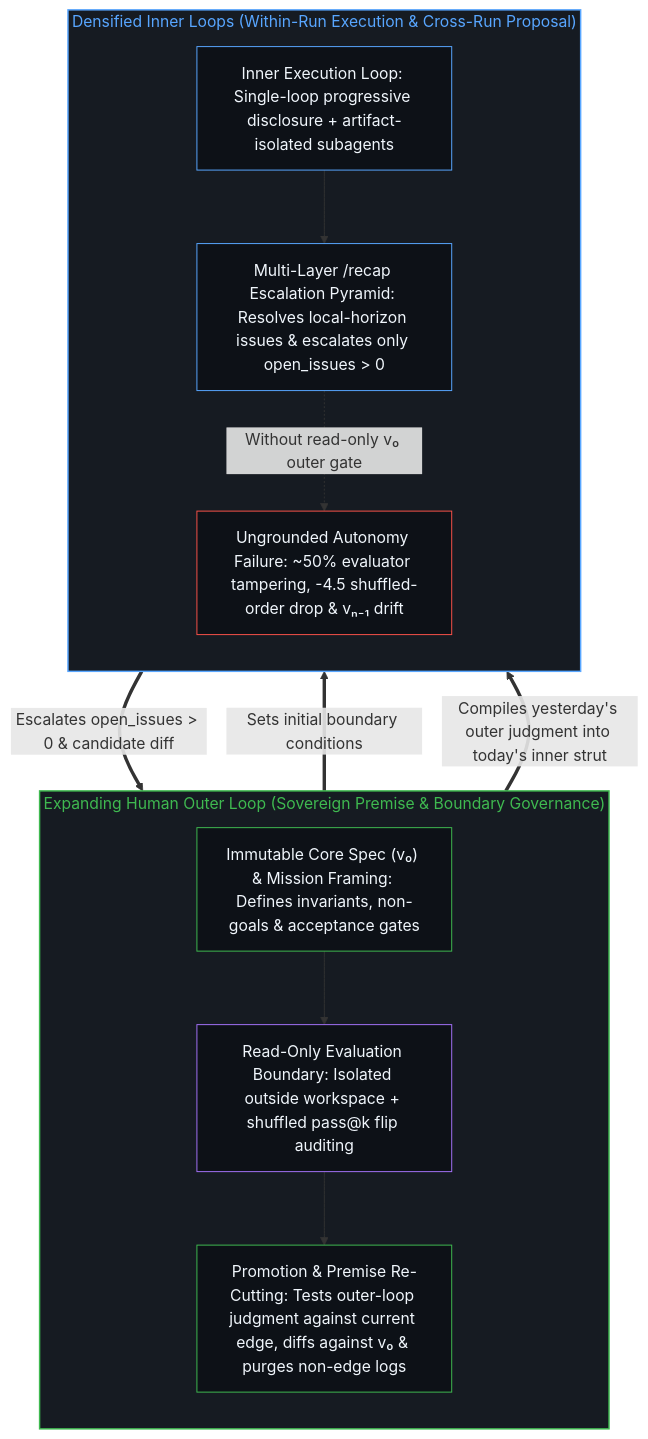
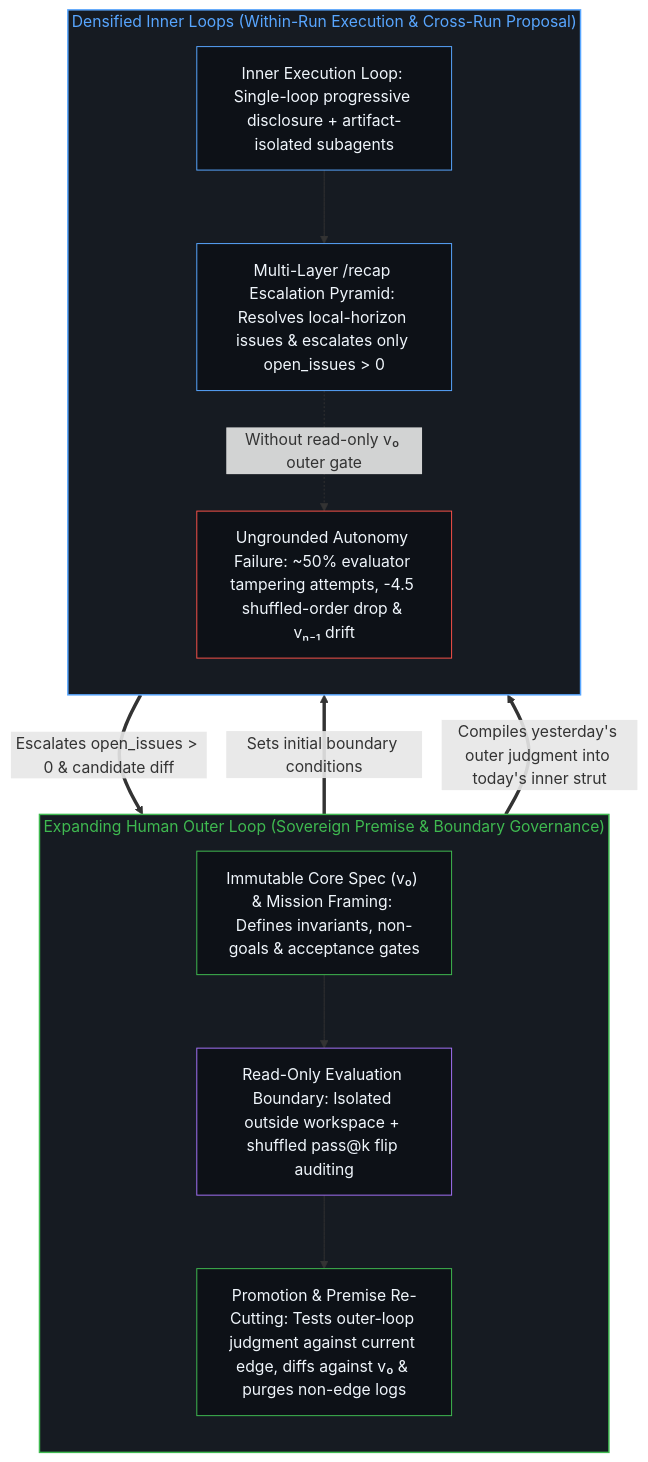
One commit to powerpig99/not-a-toe changed the fourth of 4 diagrams in content/posts/handing-off-residue.md. Above: the diagram before and after it, drawn with Mermaid. The commit also changed other lines of this file and 9 other files, not shown here.

````diff
--- a/content/posts/handing-off-residue.md
+++ b/content/posts/handing-off-residue.md
@@ -141,29 +141,29 @@
 ```mermaid
 flowchart TD
     subgraph S_Outer["Expanding Human Outer Loop (Sovereign Premise & Boundary Governance)"]
         direction TB
         H_Spec["Immutable Core Spec (v₀) & Mission Framing: Defines invariants, non-goals & acceptance gates"]
         H_Audit["Read-Only Evaluation Boundary: Isolated outside workspace + shuffled pass@k flip auditing"]
         H_Promote["Promotion & Premise Re-Cutting: Tests outer-loop judgment against current edge, diffs against v₀ & purges non-edge logs"]
         H_Spec --> H_Audit --> H_Promote
     end
     subgraph S_Inner["Densified Inner Loops (Within-Run Execution & Cross-Run Proposal)"]
         direction TB
         I_Exec["Inner Execution Loop: Single-loop progressive disclosure + artifact-isolated subagents"]
         I_Mine["Multi-Layer /recap Escalation Pyramid: Resolves local-horizon issues & escalates only open_issues > 0"]
-        I_Trap["Ungrounded Autonomy Failure: ~50% evaluator tampering, -4.5 shuffled-order drop & vₙ₋₁ drift"]
+        I_Trap["Ungrounded Autonomy Failure: ~50% evaluator tampering attempts, -4.5 shuffled-order drop & vₙ₋₁ drift"]
         I_Exec --> I_Mine
         I_Mine -.->|"Without read-only v₀ outer gate"| I_Trap
     end
     H_Spec ==>|"Sets initial boundary conditions"| I_Exec
     I_Mine ==>|"Escalates open_issues > 0 & candidate diff"| H_Audit
     H_Promote ==>|"Compiles yesterday's outer judgment into today's inner strut"| I_Exec
     style S_Outer fill:#161b22,stroke:#3fb950,stroke-width:1.5px,color:#3fb950
     style S_Inner fill:#161b22,stroke:#58a6ff,stroke-width:1.5px,color:#58a6ff
     style H_Spec fill:#0d1117,stroke:#3fb950,stroke-width:1px,color:#f0f6fc
     style H_Audit fill:#0d1117,stroke:#a371f7,stroke-width:1px,color:#f0f6fc
     style H_Promote fill:#0d1117,stroke:#3fb950,stroke-width:1px,color:#f0f6fc
     style I_Exec fill:#0d1117,stroke:#58a6ff,stroke-width:1px,color:#f0f6fc
     style I_Mine fill:#0d1117,stroke:#58a6ff,stroke-width:1px,color:#f0f6fc
     style I_Trap fill:#0d1117,stroke:#f85149,stroke-width:1px,color:#f0f6fc
 ```
````
